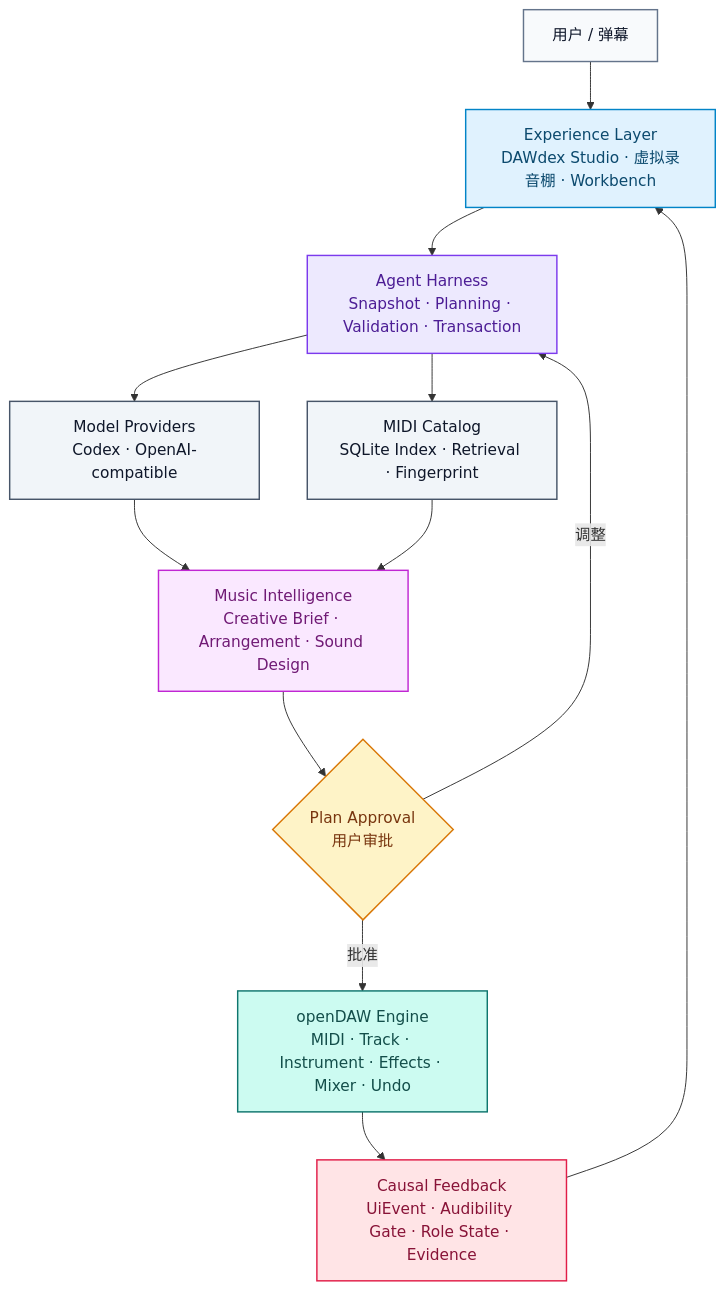
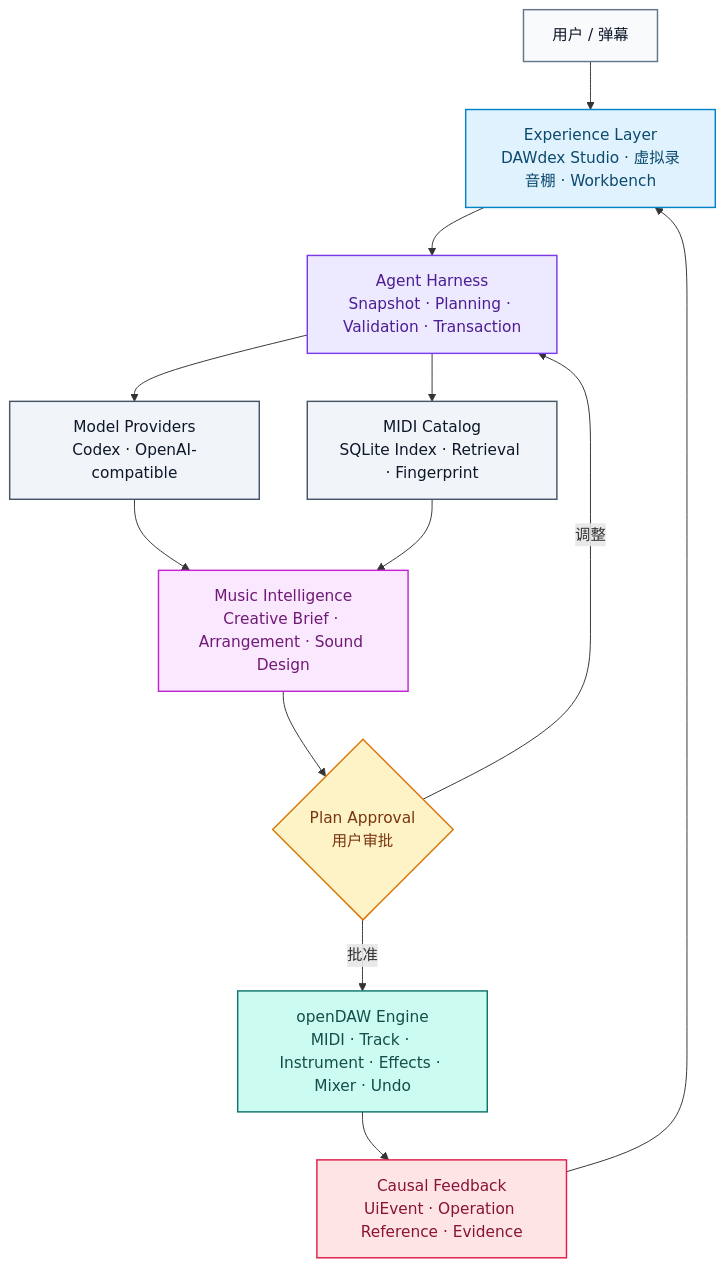
One commit to treefing3rs/DAWdex changed the second of 2 diagrams in README.md. Above: the diagram before and after it, drawn with Mermaid. The commit also changed other lines of this file and 26 other files, not shown here.

````diff
--- a/README.md
+++ b/README.md
@@ -209,36 +219,36 @@
 ```mermaid
 flowchart TB
     USER["用户 / 弹幕"] --> EXPERIENCE["Experience Layer<br/>DAWdex Studio · 虚拟录音棚 · Workbench"]
     EXPERIENCE --> HARNESS["Agent Harness<br/>Snapshot · Planning · Validation · Transaction"]
 
     HARNESS --> PROVIDERS["Model Providers<br/>Codex · OpenAI-compatible"]
     HARNESS --> CATALOG["MIDI Catalog<br/>SQLite Index · Retrieval · Fingerprint"]
 
     PROVIDERS --> INTELLIGENCE["Music Intelligence<br/>Creative Brief · Arrangement · Sound Design"]
     CATALOG --> INTELLIGENCE
 
     INTELLIGENCE --> APPROVAL{"Plan Approval<br/>用户审批"}
     APPROVAL -->|批准| ENGINE["openDAW Engine<br/>MIDI · Track · Instrument · Effects · Mixer · Undo"]
     APPROVAL -->|调整| HARNESS
 
-    ENGINE --> FEEDBACK["Causal Feedback<br/>UiEvent · Audibility Gate · Role State · Evidence"]
+    ENGINE --> FEEDBACK["Causal Feedback<br/>UiEvent · Operation Reference · Evidence"]
     FEEDBACK --> EXPERIENCE
 
     classDef user fill:#F8FAFC,stroke:#64748B,color:#0F172A,stroke-width:1.5px;
     classDef experience fill:#E0F2FE,stroke:#0284C7,color:#0C4A6E,stroke-width:1.5px;
     classDef harness fill:#EDE9FE,stroke:#7C3AED,color:#4C1D95,stroke-width:1.5px;
     classDef source fill:#F1F5F9,stroke:#475569,color:#0F172A,stroke-width:1.5px;
     classDef intelligence fill:#FAE8FF,stroke:#C026D3,color:#701A75,stroke-width:1.5px;
     classDef approval fill:#FEF3C7,stroke:#D97706,color:#78350F,stroke-width:1.5px;
     classDef engine fill:#CCFBF1,stroke:#0F766E,color:#134E4A,stroke-width:1.5px;
     classDef feedback fill:#FFE4E6,stroke:#E11D48,color:#881337,stroke-width:1.5px;
 
     class USER user;
     class EXPERIENCE experience;
     class HARNESS harness;
     class PROVIDERS,CATALOG source;
     class INTELLIGENCE intelligence;
     class APPROVAL approval;
     class ENGINE engine;
     class FEEDBACK feedback;
 ```
````
